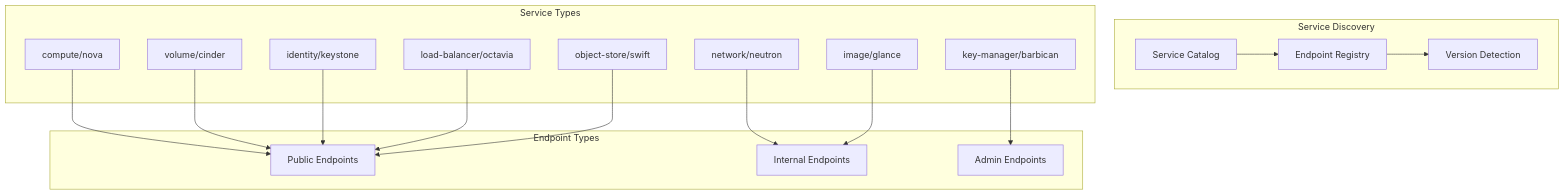
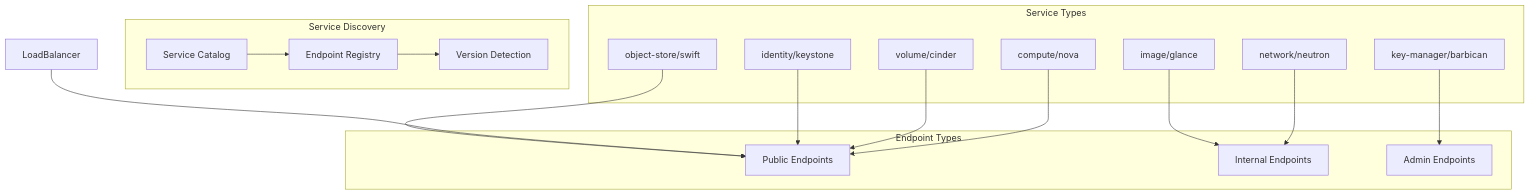
Before and after one commit to bluejayA/substation: the second of 9 diagrams in docs/reference/openstack/index.md, drawn with Mermaid. The commit also changed other lines of this file and 51 other files, not shown here.

````diff
--- a/docs/reference/openstack/index.md
+++ b/docs/reference/openstack/index.md
@@ -271,37 +254,36 @@
 ```mermaid
 graph TB
     subgraph "Service Discovery"
         Catalog[Service Catalog]
         Endpoints[Endpoint Registry]
         Versions[Version Detection]
     end
 
     subgraph "Service Types"
         Compute[compute/nova]
         Network[network/neutron]
         Volume[volume/cinder]
         Image[image/glance]
         Identity[identity/keystone]
         KeyManager[key-manager/barbican]
-        LoadBalancer[load-balancer/octavia]
         ObjectStorage[object-store/swift]
     end
 
     subgraph "Endpoint Types"
         Public[Public Endpoints]
         Internal[Internal Endpoints]
         Admin[Admin Endpoints]
     end
 
     Catalog --> Endpoints
     Endpoints --> Versions
 
     Compute --> Public
     Network --> Internal
     Volume --> Public
     Image --> Internal
     Identity --> Public
     KeyManager --> Admin
     LoadBalancer --> Public
     ObjectStorage --> Public
 ```
````
